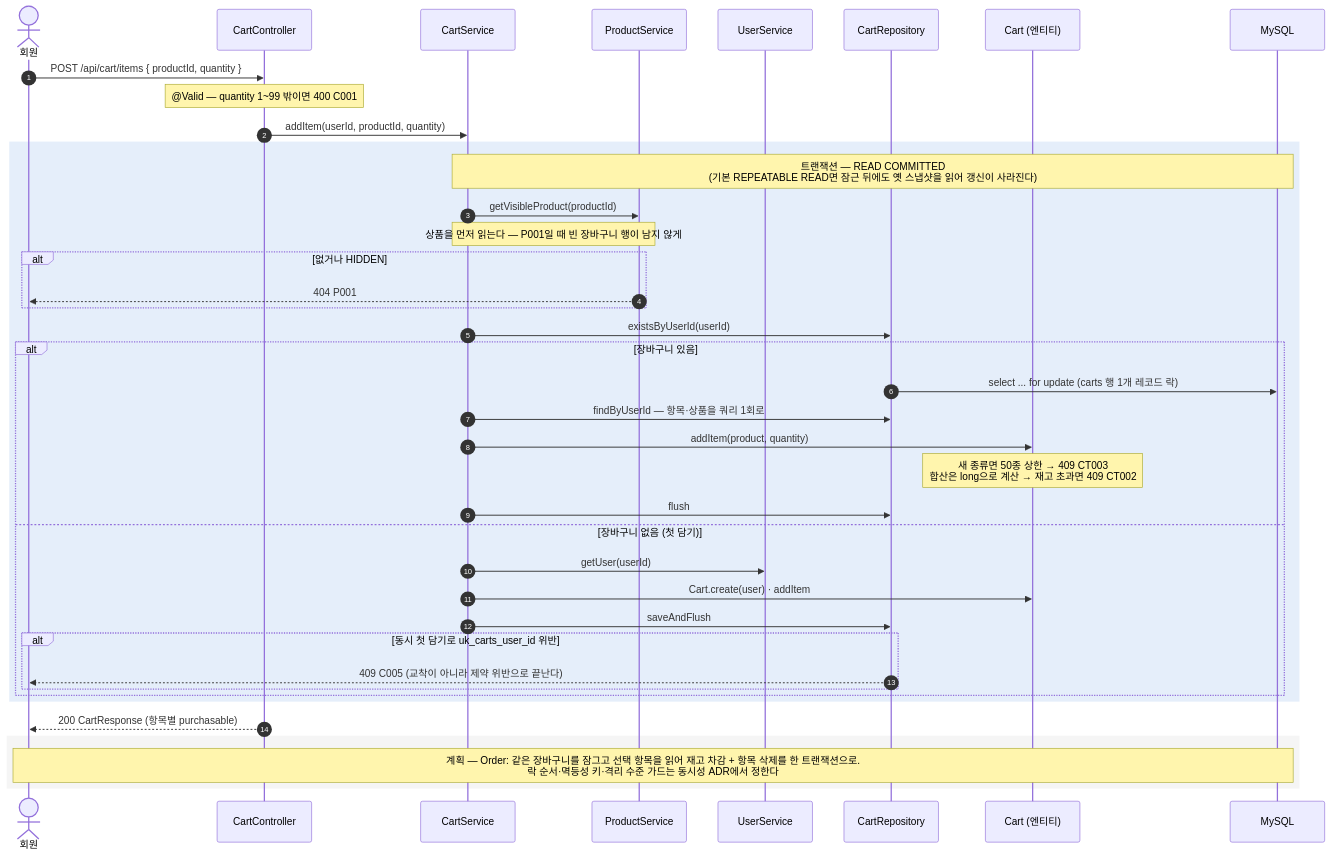
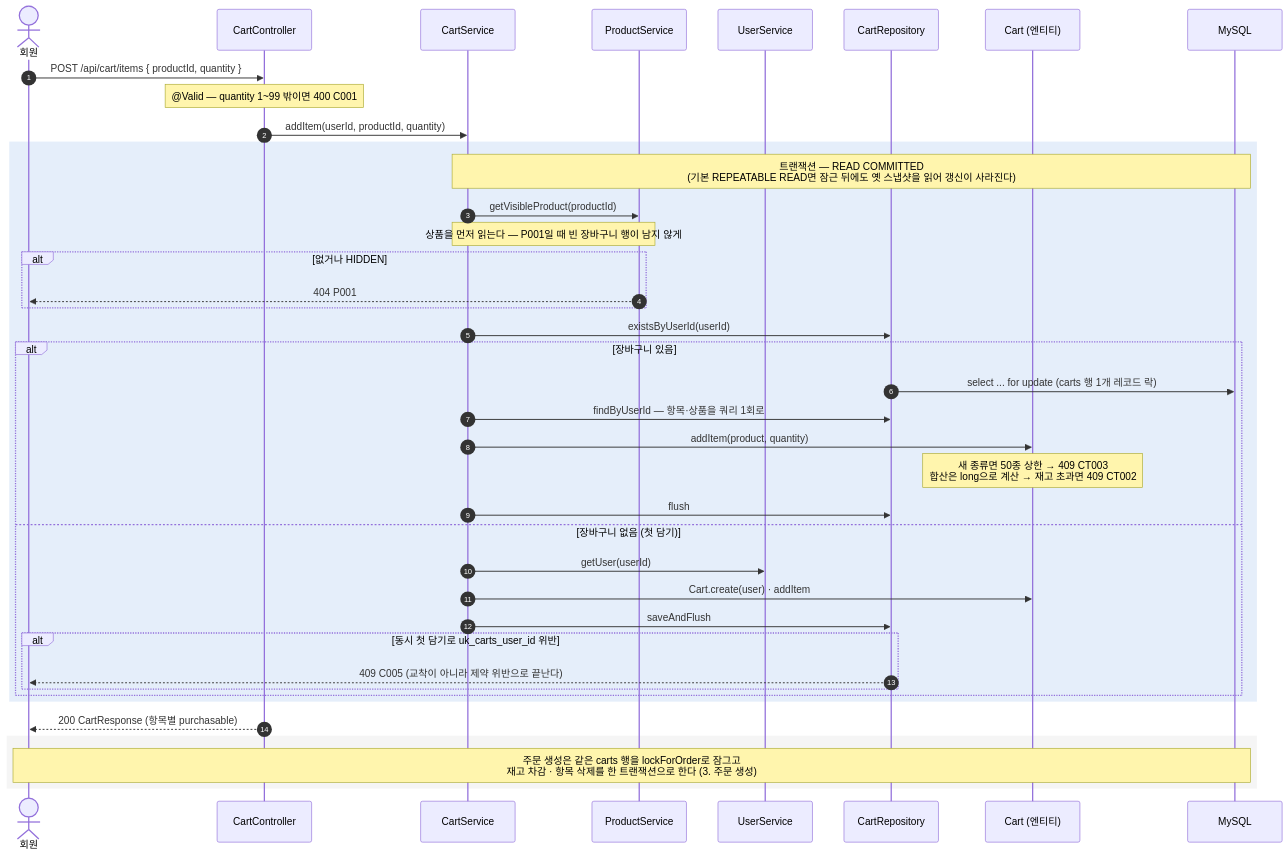
One commit to ComeUs-HUB/ComeUs-Server changed the diagram in docs/diagrams/purchase/seq-cart-add.md. Above: the diagram before and after it, drawn with Mermaid. The commit also changed other lines of this file and 11 other files, not shown here.

First line of the commit message:
docs: 구매 플로우 다이어그램 문서를 요약 중심의 공통 틀로 정리

````diff
--- a/docs/diagrams/purchase/seq-cart-add.md
+++ b/docs/diagrams/purchase/seq-cart-add.md
@@ -12,46 +42,46 @@
 ```mermaid
 sequenceDiagram
     autonumber
     actor U as 회원
     participant CC as CartController
     participant CS as CartService
     participant PS as ProductService
     participant UsS as UserService
     participant CR as CartRepository
     participant Cart as Cart (엔티티)
     participant DB as MySQL
 
     U->>CC: POST /api/cart/items { productId, quantity }
     Note over CC: @Valid — quantity 1~99 밖이면 400 C001
     CC->>CS: addItem(userId, productId, quantity)
 
     rect rgba(80,140,220,0.15)
         Note over CS,DB: 트랜잭션 — READ COMMITTED<br/>(기본 REPEATABLE READ면 잠근 뒤에도 옛 스냅샷을 읽어 갱신이 사라진다)
         CS->>PS: getVisibleProduct(productId)
         Note over CS,PS: 상품을 먼저 읽는다 — P001일 때 빈 장바구니 행이 남지 않게
         alt 없거나 HIDDEN
             PS-->>U: 404 P001
         end
 
         CS->>CR: existsByUserId(userId)
         alt 장바구니 있음
             CR->>DB: select ... for update (carts 행 1개 레코드 락)
             CS->>CR: findByUserId — 항목·상품을 쿼리 1회로
             CS->>Cart: addItem(product, quantity)
             Note over Cart: 새 종류면 50종 상한 → 409 CT003<br/>합산은 long으로 계산 → 재고 초과면 409 CT002
             CS->>CR: flush
         else 장바구니 없음 (첫 담기)
             CS->>UsS: getUser(userId)
             CS->>Cart: Cart.create(user) · addItem
             CS->>CR: saveAndFlush
             alt 동시 첫 담기로 uk_carts_user_id 위반
                 CR-->>U: 409 C005 (교착이 아니라 제약 위반으로 끝난다)
             end
         end
     end
     CC-->>U: 200 CartResponse (항목별 purchasable)
 
     rect rgba(128,128,128,0.08)
-        Note over U,DB: 계획 — Order: 같은 장바구니를 잠그고 선택 항목을 읽어 재고 차감 + 항목 삭제를 한 트랜잭션으로.<br/>락 순서·멱등성 키·격리 수준 가드는 동시성 ADR에서 정한다
+        Note over U,DB: 주문 생성은 같은 carts 행을 lockForOrder로 잠그고<br/>재고 차감 · 항목 삭제를 한 트랜잭션으로 한다 (3. 주문 생성)
     end
 ```
````
